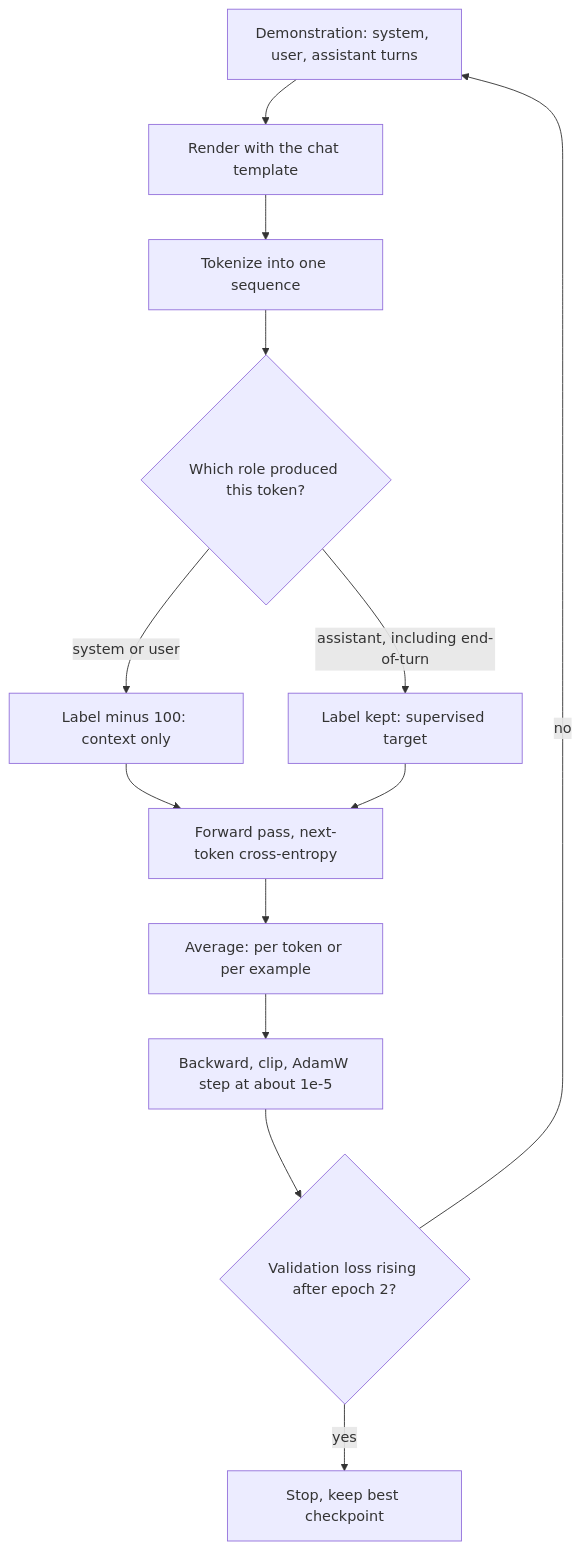
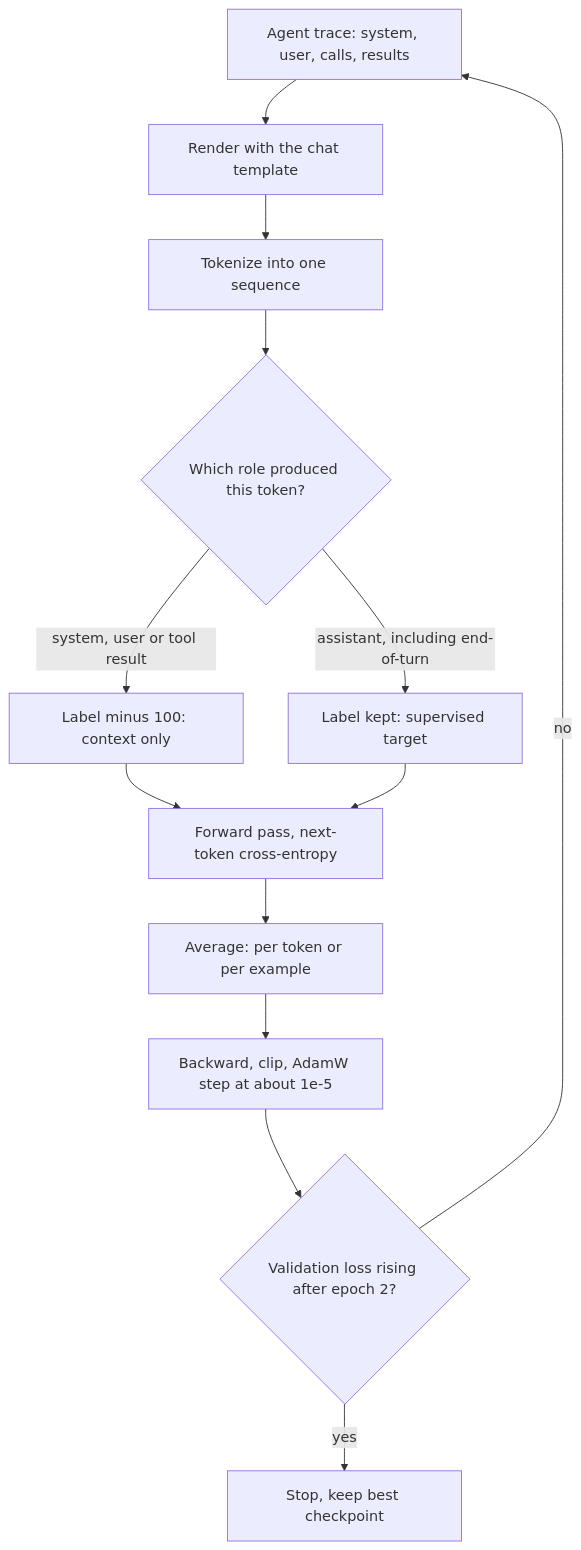
The diagram in content/training-adaptation/supervised-fine-tuning.md (lovishmahajan97/agentic-learning), drawn with Mermaid before and after one commit. The commit also changed other lines of this file and 266 other files, not shown here.

````diff
--- a/content/training-adaptation/supervised-fine-tuning.md
+++ b/content/training-adaptation/supervised-fine-tuning.md
@@ -119,15 +137,15 @@
 ```mermaid
 flowchart TD
-    D["Demonstration: system, user, assistant turns"] --> T["Render with the chat template"]
+    D["Agent trace: system, user, calls, results"] --> T["Render with the chat template"]
     T --> K["Tokenize into one sequence"]
     K --> M{"Which role produced this token?"}
-    M -->|"system or user"| C["Label minus 100: context only"]
+    M -->|"system, user or tool result"| C["Label minus 100: context only"]
     M -->|"assistant, including end-of-turn"| S["Label kept: supervised target"]
     C --> F["Forward pass, next-token cross-entropy"]
     S --> F
     F --> A["Average: per token or per example"]
     A --> U["Backward, clip, AdamW step at about 1e-5"]
     U --> E{"Validation loss rising after epoch 2?"}
     E -->|"no"| D
     E -->|"yes"| B["Stop, keep best checkpoint"]
 ```
````
